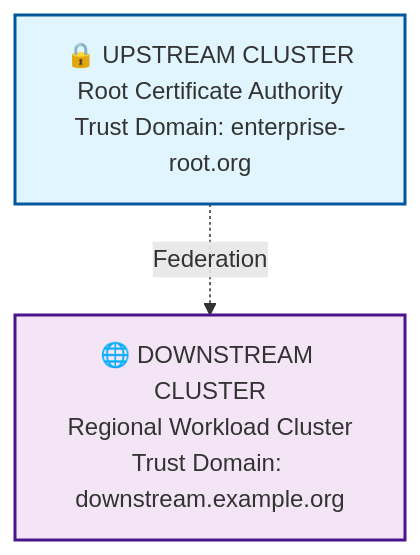
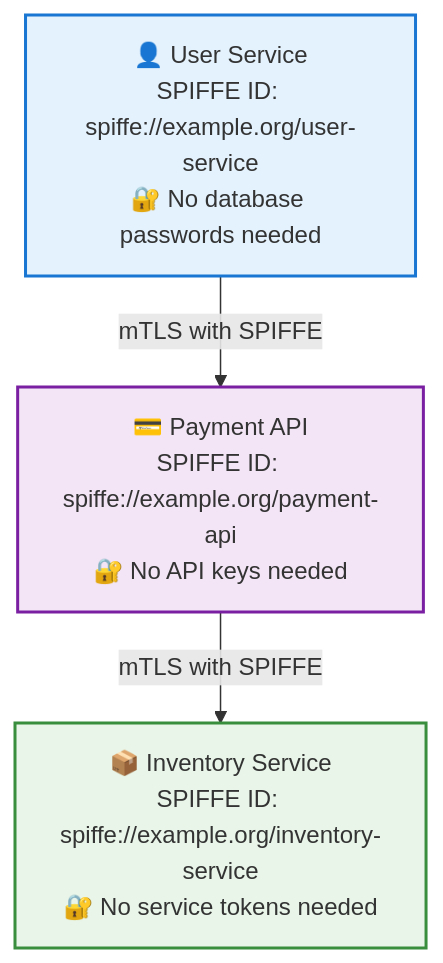
The diagram in README.md (jfiser247/spire-dev), drawn with Mermaid before and after one commit. The commit also changed other lines of this file, not shown here.

First line of the commit message:
Transform README into compelling SPIFFE integration story

````diff
--- a/README.md
+++ b/README.md
@@ -110,10 +102,13 @@
 ```mermaid
 graph TD
-    A["🔒 UPSTREAM CLUSTER<br/>Root Certificate Authority<br/>Trust Domain: enterprise-root.org"]
-    B["🌐 DOWNSTREAM CLUSTER<br/>Regional Workload Cluster<br/>Trust Domain: downstream.example.org"]
+    A["👤 User Service<br/>SPIFFE ID: spiffe://example.org/user-service<br/>🔐 No database passwords needed"]
+    B["💳 Payment API<br/>SPIFFE ID: spiffe://example.org/payment-api<br/>🔐 No API keys needed"]
+    C["📦 Inventory Service<br/>SPIFFE ID: spiffe://example.org/inventory-service<br/>🔐 No service tokens needed"]
     
-    A -.->|Federation| B
+    A -->|mTLS with SPIFFE| B
+    B -->|mTLS with SPIFFE| C
     
-    style A fill:#e1f5fe,stroke:#01579b,stroke-width:2px
-    style B fill:#f3e5f5,stroke:#4a148c,stroke-width:2px
+    style A fill:#e3f2fd,stroke:#1976d2,stroke-width:2px
+    style B fill:#f3e5f5,stroke:#7b1fa2,stroke-width:2px  
+    style C fill:#e8f5e8,stroke:#388e3c,stroke-width:2px
 ```
````
